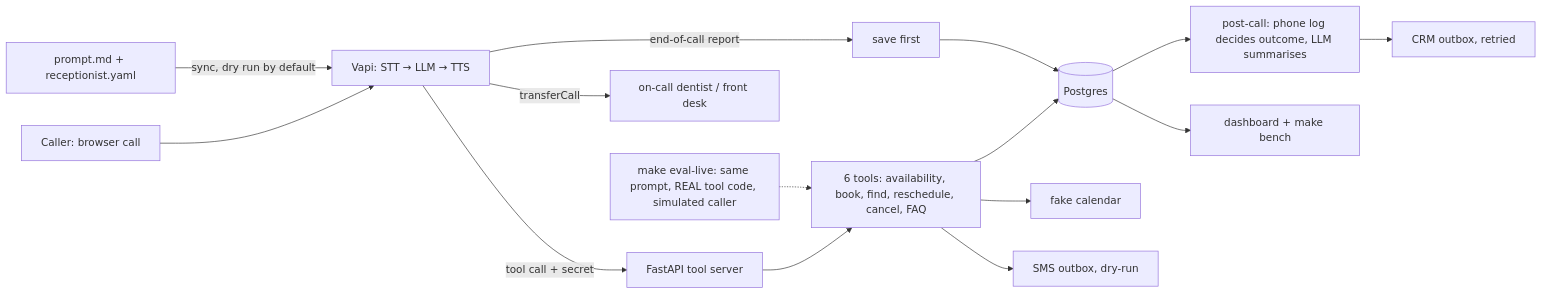
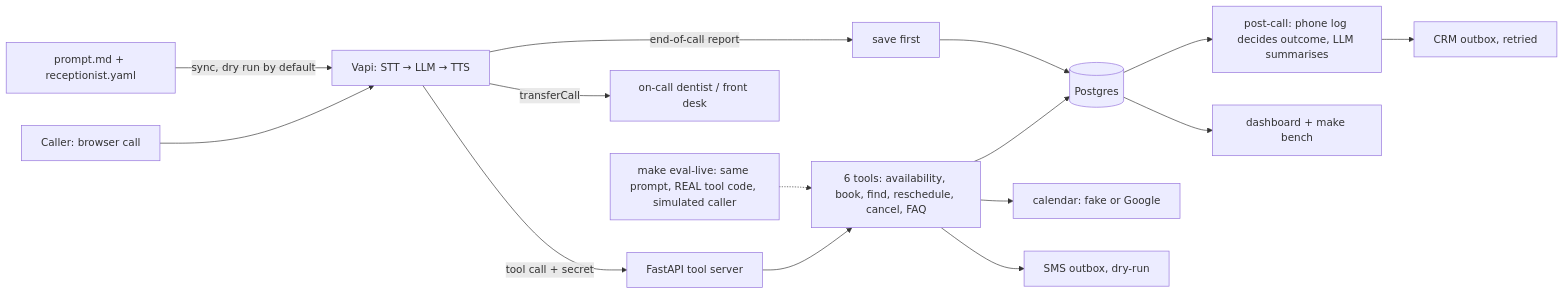
One commit to Anushka-200/p11-voice-receptionist changed the diagram in README.md. Above: the diagram before and after it, drawn with Mermaid. The commit also changed other lines of this file and 29 other files, not shown here.

First line of the commit message:
Real adapters and emergency layer two: Google Calendar, HubSpot (contacts and call notes), server-forced transfer

````diff
--- a/README.md
+++ b/README.md
@@ -17,14 +17,14 @@
 ```mermaid
 flowchart LR
   CALLER[Caller: browser call] --> VP[Vapi: STT → LLM → TTS]
   YAML[prompt.md + receptionist.yaml] -->|sync, dry run by default| VP
   VP -- "tool call + secret" --> API[FastAPI tool server]
   API --> TOOLS[6 tools: availability, book, find, reschedule, cancel, FAQ]
   TOOLS --> PG[(Postgres)]
-  TOOLS --> CAL[fake calendar] & SMS[SMS outbox, dry-run]
+  TOOLS --> CAL[calendar: fake or Google] & SMS[SMS outbox, dry-run]
   VP -- transferCall --> XFER[on-call dentist / front desk]
   VP -- end-of-call report --> EVT[save first] --> PG
   PG --> PC[post-call: phone log decides outcome, LLM summarises] --> CRM[CRM outbox, retried]
   PG --> DASH[dashboard + make bench]
   EVAL[make eval-live: same prompt, REAL tool code, simulated caller] -.-> TOOLS
 ```
````
